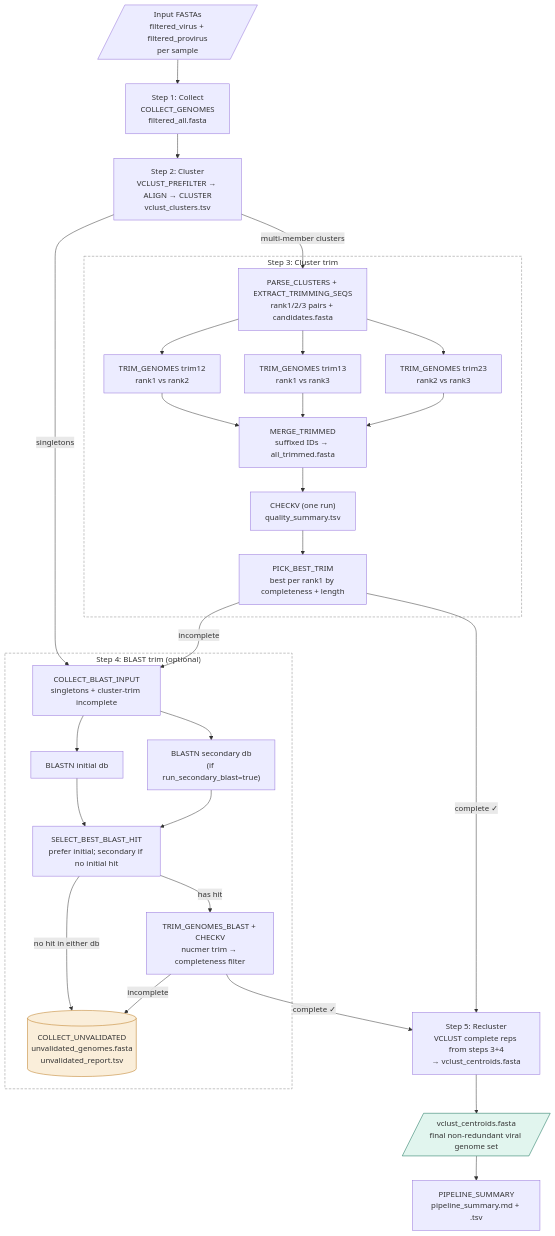
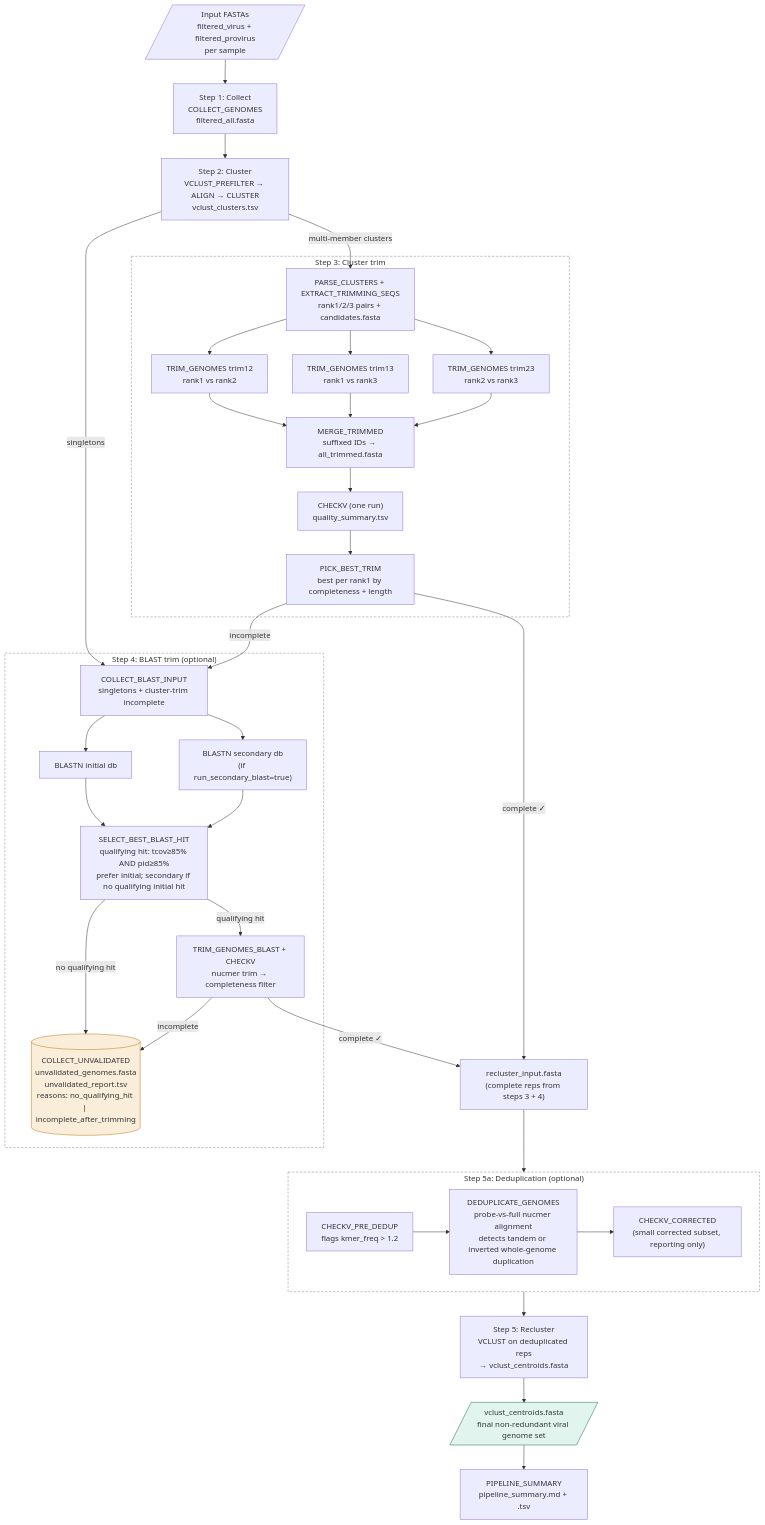
One commit to rosekantor/wvdb changed the diagram in wvdb-build/README.md. Above: the diagram before and after it, drawn with Mermaid. The commit also changed other lines of this file and 13 other files, not shown here.

Commit message:
feat: single-gate qualifying-hit filter, whole-genome deduplication, README overhaul

````diff
--- a/wvdb-build/README.md
+++ b/wvdb-build/README.md
@@ -15,53 +15,65 @@
 ```mermaid
 flowchart TD
     A[/"Input FASTAs\nfiltered_virus + filtered_provirus\nper sample"/]
     A --> B
 
     B["Step 1: Collect\nCOLLECT_GENOMES\nfiltered_all.fasta"]
     B --> C
 
     C["Step 2: Cluster\nVCLUST_PREFILTER → ALIGN → CLUSTER\nvclust_clusters.tsv"]
     C -->|singletons| D
     C -->|multi-member clusters| E
 
     subgraph CT ["Step 3: Cluster trim"]
         E["PARSE_CLUSTERS + EXTRACT_TRIMMING_SEQS\nrank1/2/3 pairs + candidates.fasta"]
         E --> F12["TRIM_GENOMES trim12\nrank1 vs rank2"]
         E --> F13["TRIM_GENOMES trim13\nrank1 vs rank3"]
         E --> F23["TRIM_GENOMES trim23\nrank2 vs rank3"]
         F12 --> G["MERGE_TRIMMED\nsuffixed IDs → all_trimmed.fasta"]
         F13 --> G
         F23 --> G
         G --> H["CHECKV (one run)\nquality_summary.tsv"]
         H --> I["PICK_BEST_TRIM\nbest per rank1 by completeness + length"]
     end
 
-    I -->|"complete ✓"| R
+    I -->|"complete ✓"| RA
     I -->|incomplete| D
 
     subgraph BT ["Step 4: BLAST trim (optional)"]
         D["COLLECT_BLAST_INPUT\nsingletons + cluster-trim incomplete"]
         D --> J["BLASTN initial db"]
         D --> K["BLASTN secondary db\n(if run_secondary_blast=true)"]
-        J --> L["SELECT_BEST_BLAST_HIT\nprefer initial; secondary if no initial hit"]
+        J --> L["SELECT_BEST_BLAST_HIT\nqualifying hit: tcov≥85% AND pid≥85%\nprefer initial; secondary if no qualifying initial hit"]
         K --> L
-        L -->|"no hit in either db"| U
-        L -->|"has hit"| M["TRIM_GENOMES_BLAST + CHECKV\nnucmer trim → completeness filter"]
+        L -->|"no qualifying hit"| U
+        L -->|"qualifying hit"| M["TRIM_GENOMES_BLAST + CHECKV\nnucmer trim → completeness filter"]
     end
 
-    M -->|"complete ✓"| R
+    M -->|"complete ✓"| RA
     M -->|incomplete| U
 
-    U[("COLLECT_UNVALIDATED\nunvalidated_genomes.fasta\nunvalidated_report.tsv")]
+    U[("COLLECT_UNVALIDATED\nunvalidated_genomes.fasta\nunvalidated_report.tsv\nreasons: no_qualifying_hit | incomplete_after_trimming")]
 
-    R["Step 5: Recluster\nVCLUST complete reps from steps 3+4\n→ vclust_centroids.fasta"]
+    RA["recluster_input.fasta\n(complete reps from steps 3 + 4)"]
+    RA --> DD
+
+    subgraph DD ["Step 5a: Deduplication (optional)"]
+        CD["CHECKV_PRE_DEDUP\nflags kmer_freq > 1.2"]
+        CD --> DG["DEDUPLICATE_GENOMES\nprobe-vs-full nucmer alignment\ndetects tandem or inverted whole-genome duplication"]
+        DG --> CC["CHECKV_CORRECTED\n(small corrected subset, reporting only)"]
+    end
+
+    DD --> R
+
+    R["Step 5: Recluster\nVCLUST on deduplicated reps\n→ vclust_centroids.fasta"]
     R --> S
 
     S[/"vclust_centroids.fasta\nfinal non-redundant viral genome set"/]
     S --> T["PIPELINE_SUMMARY\npipeline_summary.md + .tsv"]
 
     style CT fill:none,stroke:#888,stroke-dasharray:5 3
     style BT fill:none,stroke:#888,stroke-dasharray:5 3
+    style DD fill:none,stroke:#888,stroke-dasharray:5 3
     style U fill:#faeeda,stroke:#ba7517
     style S fill:#e1f5ee,stroke:#0f6e56
 ```
````
